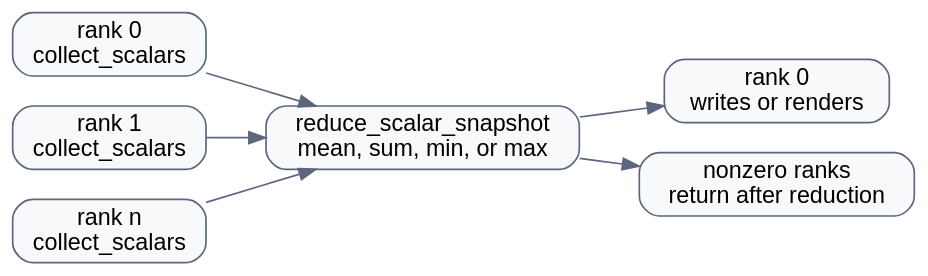
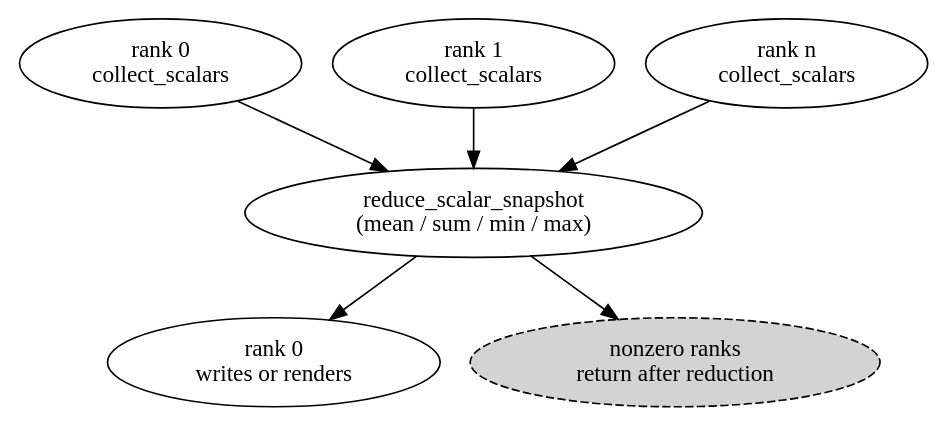
Before and after one commit to NVIDIA/nvalchemi-toolkit: the second of 2 diagrams in docs/userguide/reporting.md, drawn with Graphviz. The commit also changed other lines of this file and 140 other files, not shown here.

````diff
--- a/docs/userguide/reporting.md
+++ b/docs/userguide/reporting.md
@@ -125,26 +120,23 @@
 ```{graphviz}
-digraph reporting_reduction {
-  graph [rankdir=LR, bgcolor="transparent"];
-  node [
-    shape=box,
-    style="rounded,filled",
-    fillcolor="#F8F9FA",
-    color="#5C677D",
-    fontname="Helvetica"
-  ];
-  edge [color="#5C677D", fontname="Helvetica"];
+:caption: Distributed reporting: per-rank collection, reduction, and rank-zero write.
+:alt: Distributed reporting reduction flow
 
-  rank0 [label="rank 0\ncollect_scalars"];
-  rank1 [label="rank 1\ncollect_scalars"];
-  rankn [label="rank n\ncollect_scalars"];
-  reduce [label="reduce_scalar_snapshot\nmean, sum, min, or max"];
-  write [label="rank 0\nwrites or renders"];
-  skip [label="nonzero ranks\nreturn after reduction"];
+digraph distributed_reporting {
+    rankdir=TB
 
-  rank0 -> reduce;
-  rank1 -> reduce;
-  rankn -> reduce;
-  reduce -> write;
-  reduce -> skip;
+    r0 [label="rank 0\ncollect_scalars"]
+    r1 [label="rank 1\ncollect_scalars"]
+    rn [label="rank n\ncollect_scalars"]
+
+    reduce [label="reduce_scalar_snapshot\n(mean / sum / min / max)" fillcolor="#4a3315"]
+
+    w0 [label="rank 0\nwrites or renders"]
+    wn [label="nonzero ranks\nreturn after reduction" style="rounded,filled,dashed"]
+
+    r0 -> reduce
+    r1 -> reduce
+    rn -> reduce
+    reduce -> w0
+    reduce -> wn
 }
 ```
````
